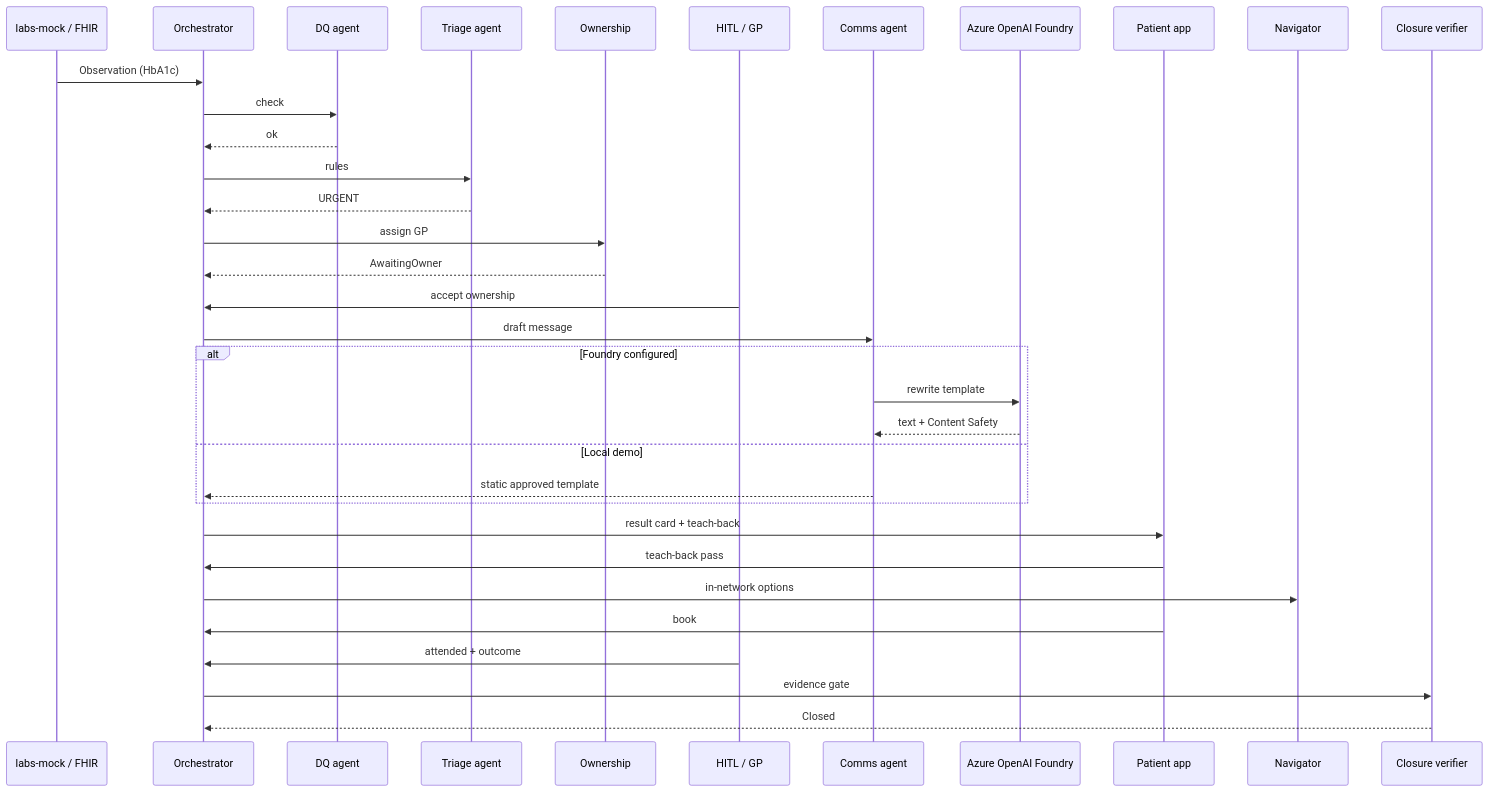
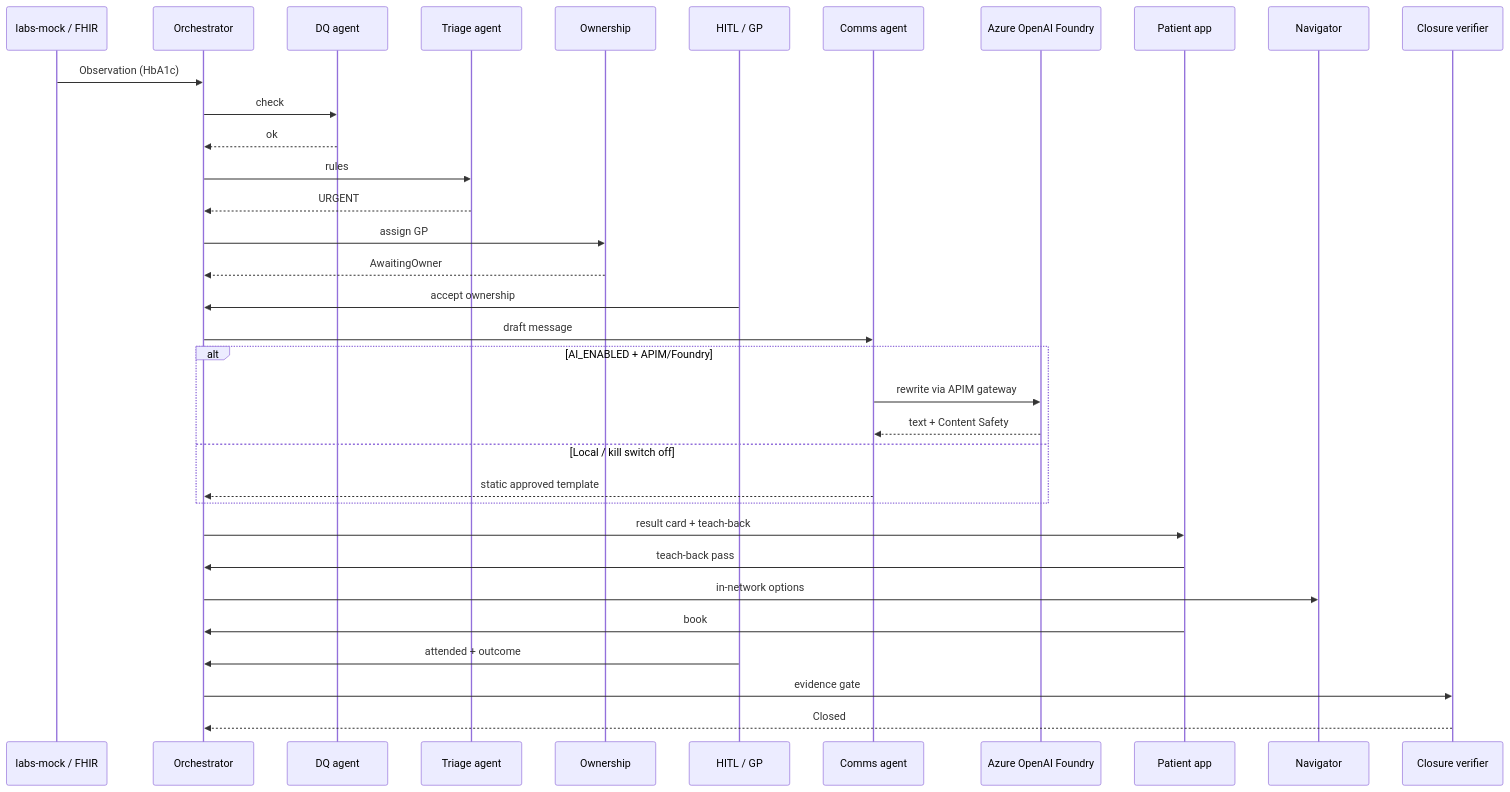
One commit to suhail39ahmed/rabt-care-loop changed the fourth of 7 diagrams in docs/architecture.md. Above: the diagram before and after it, drawn with Mermaid. The commit also changed other lines of this file and 13 other files, not shown here.

First line of the commit message:
docs: refresh pilot URLs, architecture diagrams, and Azure AI docs (#167)

````diff
--- a/docs/architecture.md
+++ b/docs/architecture.md
@@ -171,37 +195,37 @@
 ```mermaid
 sequenceDiagram
   participant Lab as labs-mock / FHIR
   participant API as Orchestrator
   participant DQ as DQ agent
   participant Tri as Triage agent
   participant Own as Ownership
   participant HITL as HITL / GP
   participant Comms as Comms agent
   participant Foundry as Azure OpenAI Foundry
   participant Pat as Patient app
   participant Nav as Navigator
   participant Close as Closure verifier
 
   Lab->>API: Observation (HbA1c)
   API->>DQ: check
   DQ-->>API: ok
   API->>Tri: rules
   Tri-->>API: URGENT
   API->>Own: assign GP
   Own-->>API: AwaitingOwner
   HITL->>API: accept ownership
   API->>Comms: draft message
-  alt Foundry configured
-    Comms->>Foundry: rewrite template
+  alt AI_ENABLED + APIM/Foundry
+    Comms->>Foundry: rewrite via APIM gateway
     Foundry-->>Comms: text + Content Safety
-  else Local demo
+  else Local / kill switch off
     Comms-->>API: static approved template
   end
   API->>Pat: result card + teach-back
   Pat->>API: teach-back pass
   API->>Nav: in-network options
   Pat->>API: book
   HITL->>API: attended + outcome
   API->>Close: evidence gate
   Close-->>API: Closed
 ```
````
